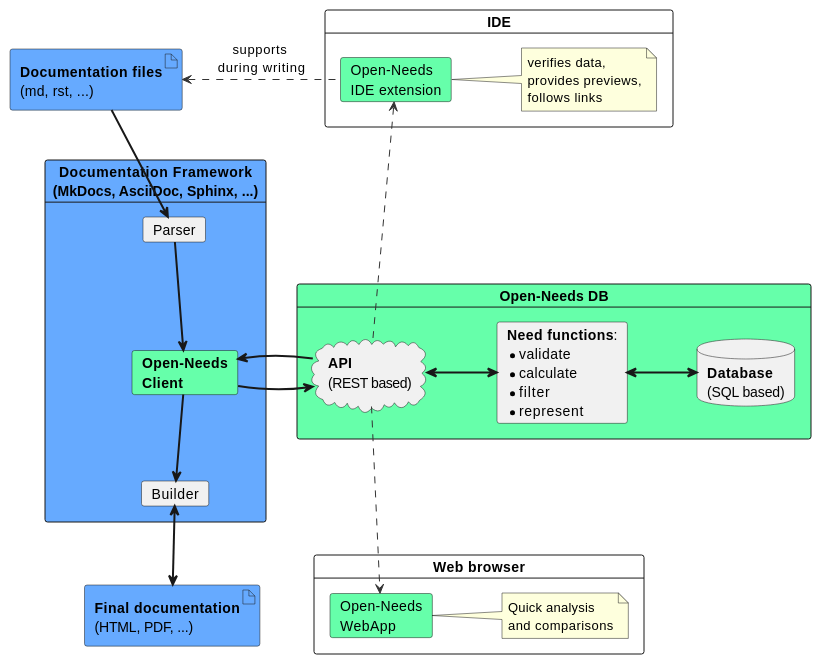
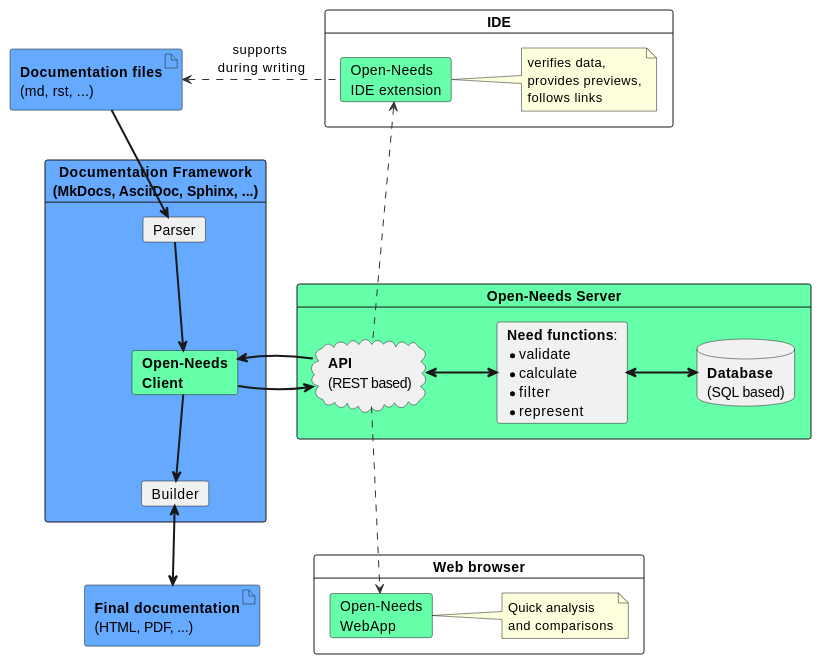
One commit to open-needs/open-needs.github.io changed the second of 5 diagrams in docs/index.rst. Above: the diagram before and after it, drawn with PlantUML. The commit also changed other lines of this file and 18 other files, not shown here.

Commit message:
DB->Server, Models, Schemas

```diff
--- a/docs/index.rst
+++ b/docs/index.rst
@@ -108,51 +108,51 @@
     .. uml::
        :align: center
 
         @startuml
         skinparam nodesep 70
         skinparam ranksep 50
 
             card IDE as ide {
                 card "Open-Needs\nIDE extension" as ext #6fa
                 note right: verifies data,\nprovides previews,\nfollows links
             }
 
             artifact "**Documentation files**\n(md, rst, ...)" as docs #6af
             card "**Documentation Framework**\n(MkDocs, AsciiDoc, Sphinx, ...)" as df #6af {
                 card "Parser" as parser
                 card "**Open-Needs**\n**Client**" as client #6fa
                 card "Builder" as builder
             }
 
-            card "**Open-Needs DB**" as on #6fa {
+            card "**Open-Needs Server**" as on #6fa {
                 cloud "**API**\n(REST based)" as rest
                 card "**Need functions**:\n*validate\n*calculate\n*filter\n*represent" as func
                 database "**Database**\n(SQL based)" as db
 
                 rest <=> func
                 func <=> db
             }
 
             artifact "**Final documentation**\n(HTML, PDF, ...)" as final #6af
 
             card "Web browser" {
                 card "Open-Needs\nWebApp" as webapp #6fa
                 note right: Quick analysis\nand comparisons
             }
 
             ext .[#333]l.> docs: supports \nduring writing
             docs ==> parser
             parser ==> client
             client => rest
 
             rest => client
             client ==> builder
 
             builder <==> final
 
             rest .[#333]u..> ext
 
             rest .[#333]d..> webapp
 
 
         @enduml
```
